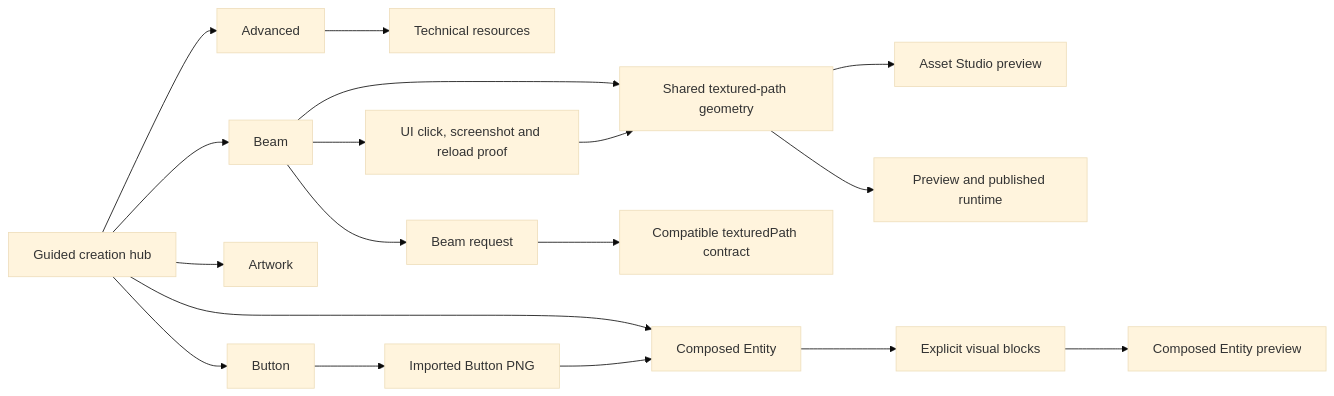
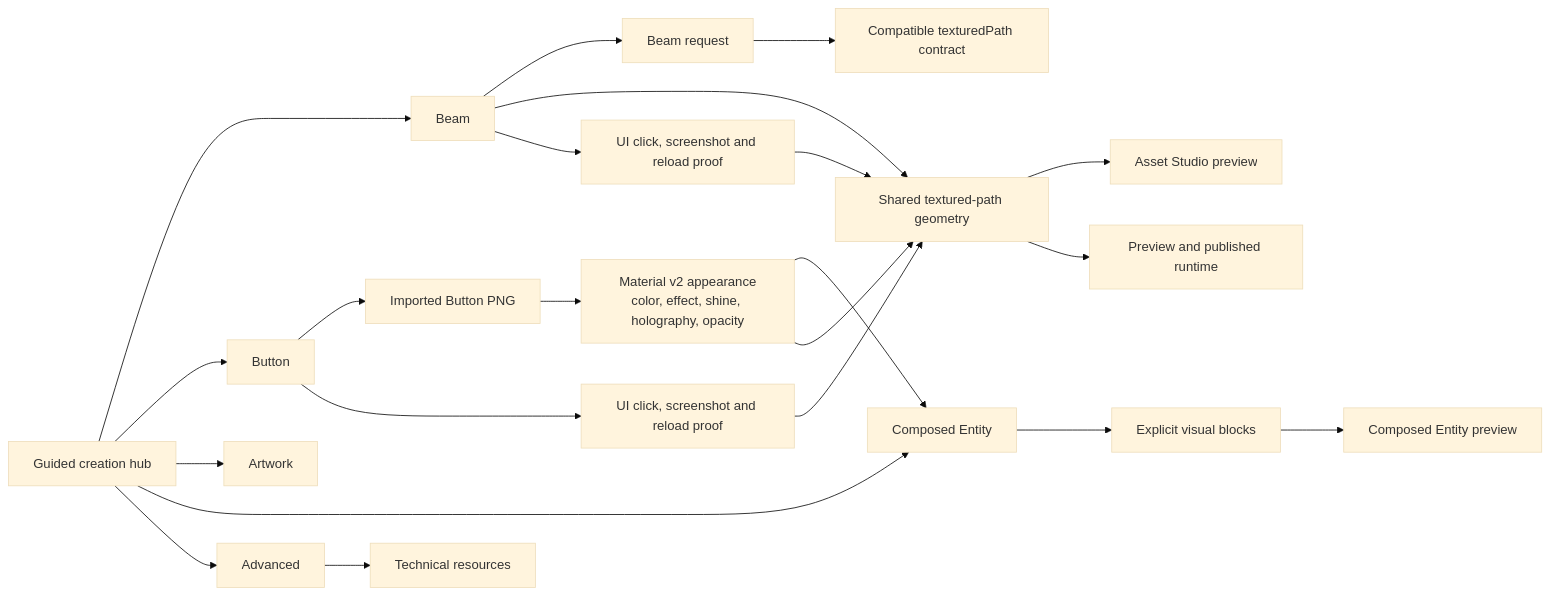
Before and after one commit to tristan-monticelli/vertex-loom: the second of 2 diagrams in docs/architecture/components/studio-ux.md, drawn with Mermaid (base theme). The commit also changed 19 other files, not shown here.

````diff
--- a/docs/architecture/components/studio-ux.md
+++ b/docs/architecture/components/studio-ux.md
@@ -67,20 +67,24 @@
 ```mermaid
 flowchart LR
     Hub[Guided creation hub] --> Beam[Beam]
     Hub --> Button[Button]
     Hub --> Artwork[Artwork]
     Hub --> Entity[Composed Entity]
     Hub --> Advanced[Advanced]
     Advanced --> Technical[Technical resources]
     Beam --> BeamContract[Beam request]
     BeamContract --> Legacy[Compatible texturedPath contract]
     Beam --> Shared[Shared textured-path geometry]
     Beam --> BeamE2E[UI click, screenshot and reload proof]
     BeamE2E --> Shared
     Button --> ButtonTexture[Imported Button PNG]
-    ButtonTexture --> Entity
+    ButtonTexture --> ButtonMaterial[Material v2 appearance<br/>color, effect, shine, holography, opacity]
+    ButtonMaterial --> Entity
+    ButtonMaterial --> Shared
+    Button --> ButtonE2E[UI click, screenshot and reload proof]
+    ButtonE2E --> Shared
     Shared --> Studio[Asset Studio preview]
     Shared --> Runtime[Preview and published runtime]
     Entity --> Blocks[Explicit visual blocks]
     Blocks --> EntityPreview[Composed Entity preview]
 ```
````
